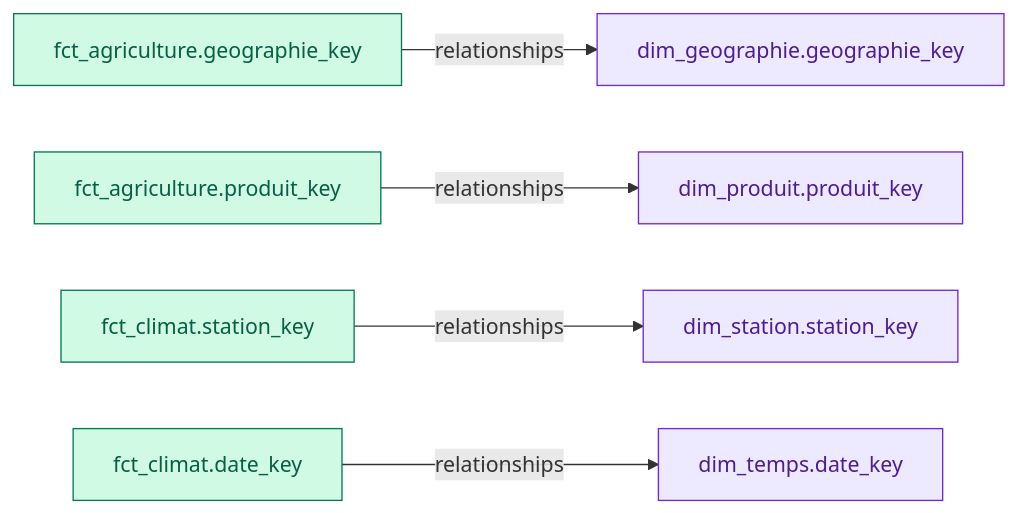
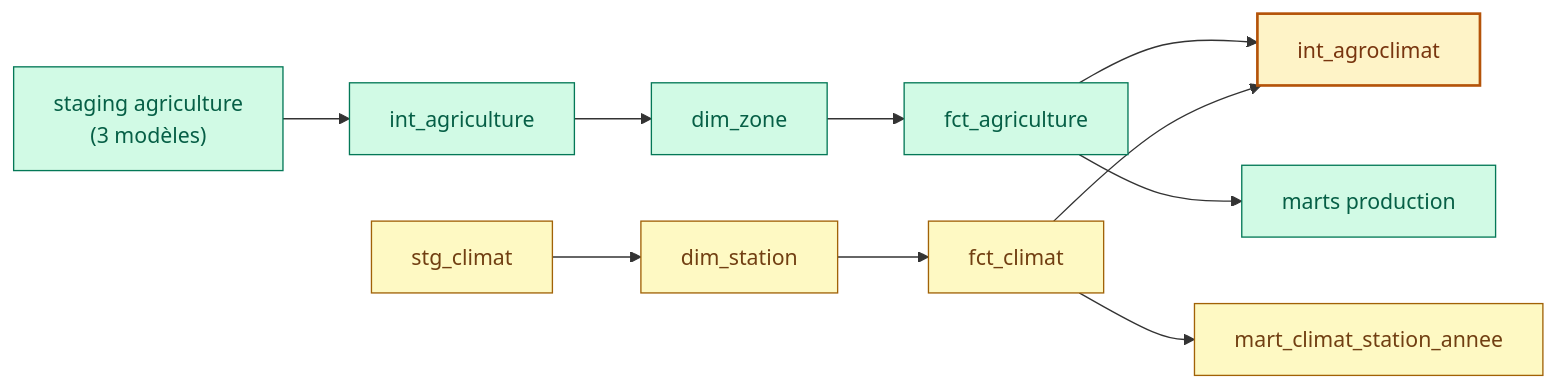
Before and after one commit to abdoudjigo/assaman-suuf: the ninth of 9 diagrams in dbt_project/README_dbt_staging.md, drawn with Mermaid. The commit also changed other lines of this file, not shown here.

````diff
--- a/dbt_project/README_dbt_staging.md
+++ b/dbt_project/README_dbt_staging.md
@@ -420,12 +396,16 @@
 ```mermaid
 flowchart LR
-    FA["fct_agriculture.geographie_key"] -->|relationships| DG["dim_geographie.geographie_key"]
-    FA2["fct_agriculture.produit_key"] -->|relationships| DP["dim_produit.produit_key"]
-    FC["fct_climat.station_key"] -->|relationships| DS["dim_station.station_key"]
-    FC2["fct_climat.date_key"] -->|relationships| DT["dim_temps.date_key"]
+    SA["staging agriculture<br/>(3 modèles)"] --> IA["int_agriculture"] --> DZ["dim_zone"] --> FA["fct_agriculture"]
+    SC["stg_climat"] --> DST["dim_station"] --> FC["fct_climat"]
+    FA --> IAC["int_agroclimat"]
+    FC --> IAC
+    FA --> MR["marts production"]
+    FC --> MC["mart_climat_station_annee"]
 
-    classDef fait fill:#D1FAE5,stroke:#047857,color:#065F46
-    classDef dim fill:#EDE9FE,stroke:#6D28D9,color:#4C1D95
-    class FA,FA2,FC,FC2 fait
-    class DG,DP,DS,DT dim
+    classDef agri fill:#D1FAE5,stroke:#047857,color:#065F46
+    classDef clim fill:#FEF9C3,stroke:#A16207,color:#713F12
+    classDef agroclim fill:#FEF3C7,stroke:#B45309,color:#78350F,stroke-width:2px
+    class SA,IA,DZ,FA,MR agri
+    class SC,DST,FC,MC clim
+    class IAC agroclim
 ```
````
